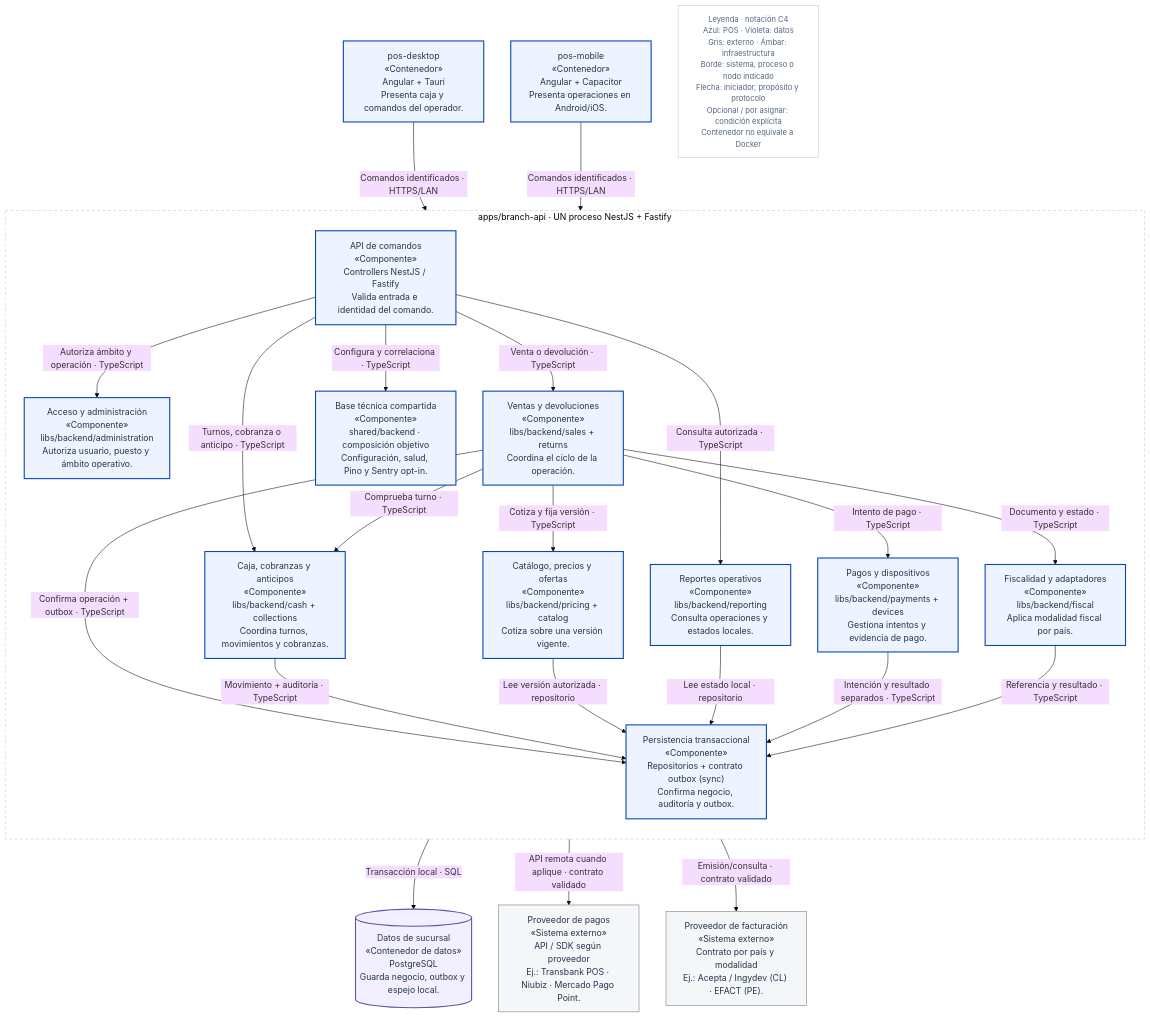
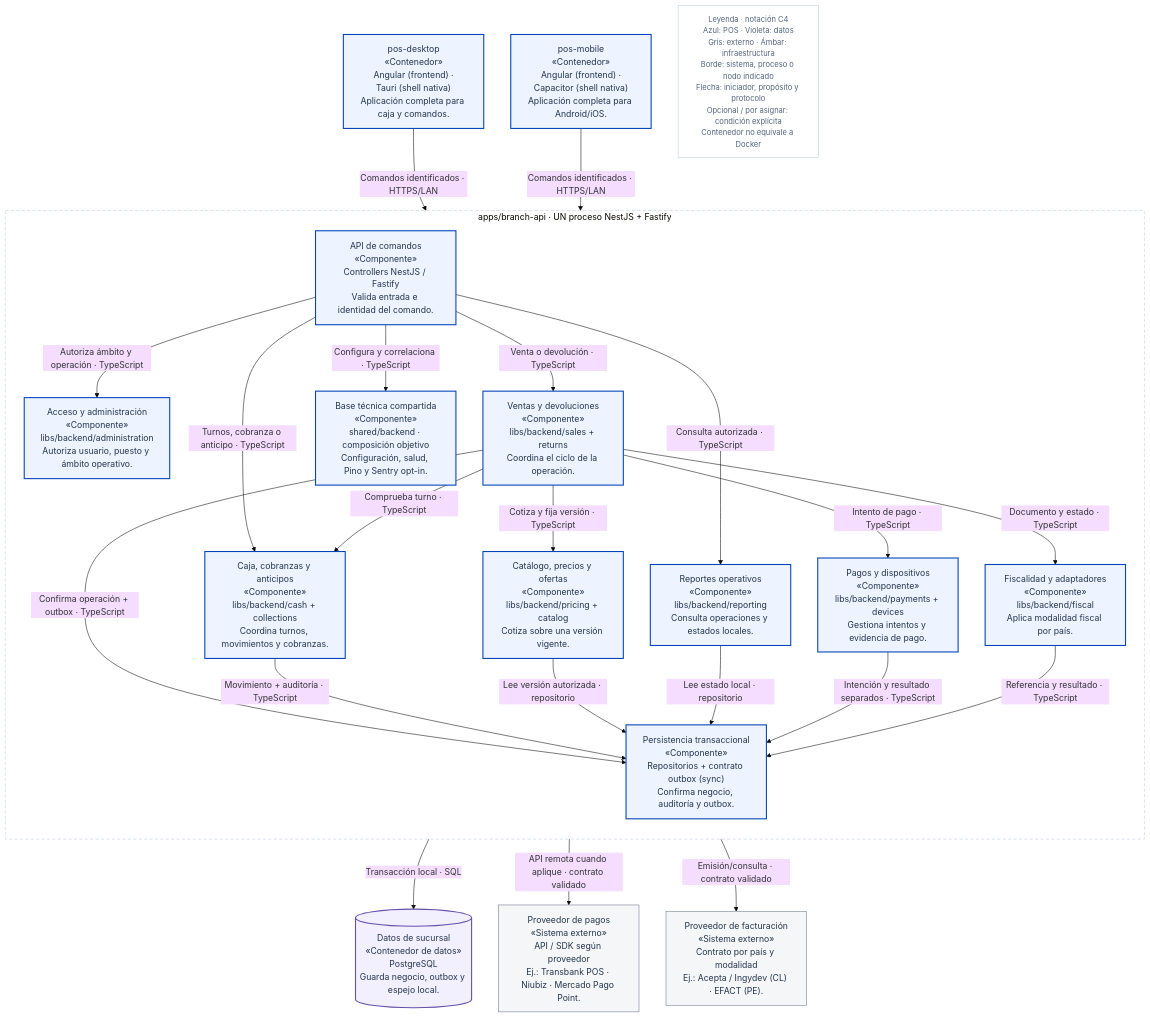
One commit to developer-implementos/pos-docs changed the diagram in docs/diagramas-excalidraw/mermaid/c4-backend.mmd. Above: the diagram before and after it, drawn with Mermaid (base theme). The commit also changed 71 other files, not shown here.

Commit message:
docs: distinguish native shells from the Angular frontend

```diff
--- a/docs/diagramas-excalidraw/mermaid/c4-backend.mmd
+++ b/docs/diagramas-excalidraw/mermaid/c4-backend.mmd
@@ -1,49 +1,49 @@
 flowchart TB
     accTitle: C3 · branch-api — Negocio de sucursal en un proceso
     accDescr: apps/branch-api compone módulos de negocio y base técnica. Las bibliotecas agrupadas comparten proceso, sin convertirse en servicios independientes. sales/returns, cash/collections, pricing/catalog, payments/devices, fiscal, reporting, administration y contrato outbox de sync. El transporte vive en branch-sync-worker y la ACL en erp-worker.
     subgraph backendScope["apps/branch-api · UN proceso NestJS + Fastify"]
         direction TB
         entry["API de comandos<br/>«Componente»<br/>Controllers NestJS / Fastify<br/>Valida entrada e identidad del comando."]:::pos
         access["Acceso y administración<br/>«Componente»<br/>libs/backend/administration<br/>Autoriza usuario, puesto y ámbito operativo."]:::pos
         sales["Ventas y devoluciones<br/>«Componente»<br/>libs/backend/sales + returns<br/>Coordina el ciclo de la operación."]:::pos
         pricing["Catálogo, precios y ofertas<br/>«Componente»<br/>libs/backend/pricing + catalog<br/>Cotiza sobre una versión vigente."]:::pos
         cash["Caja, cobranzas y anticipos<br/>«Componente»<br/>libs/backend/cash + collections<br/>Coordina turnos, movimientos y cobranzas."]:::pos
         payPort["Pagos y dispositivos<br/>«Componente»<br/>libs/backend/payments + devices<br/>Gestiona intentos y evidencia de pago."]:::pos
         fiscalPort["Fiscalidad y adaptadores<br/>«Componente»<br/>libs/backend/fiscal<br/>Aplica modalidad fiscal por país."]:::pos
         reporting["Reportes operativos<br/>«Componente»<br/>libs/backend/reporting<br/>Consulta operaciones y estados locales."]:::pos
         unitOfWork["Persistencia transaccional<br/>«Componente»<br/>Repositorios + contrato outbox (sync)<br/>Confirma negocio, auditoría y outbox."]:::pos
         technicalBase["Base técnica compartida<br/>«Componente»<br/>shared/backend · composición objetivo<br/>Configuración, salud, Pino y Sentry opt-in."]:::pos
     end
-    client["pos-desktop<br/>«Contenedor»<br/>Angular + Tauri<br/>Presenta caja y comandos del operador."]:::pos
-    mobileClient["pos-mobile<br/>«Contenedor»<br/>Angular + Capacitor<br/>Presenta operaciones en Android/iOS."]:::pos
+    client["pos-desktop<br/>«Contenedor»<br/>Angular (frontend) ·<br/>Tauri (shell nativa)<br/>Aplicación completa para caja y comandos."]:::pos
+    mobileClient["pos-mobile<br/>«Contenedor»<br/>Angular (frontend) ·<br/>Capacitor (shell nativa)<br/>Aplicación completa para Android/iOS."]:::pos
     branchDb[("Datos de sucursal<br/>«Contenedor de datos»<br/>PostgreSQL<br/>Guarda negocio, outbox y espejo local.")]:::store
     payments["Proveedor de pagos<br/>«Sistema externo»<br/>API / SDK según proveedor<br/>Ej.: Transbank POS · Niubiz · Mercado Pago Point."]:::external
     fiscal["Proveedor de facturación<br/>«Sistema externo»<br/>Contrato por país y modalidad<br/>Ej.: Acepta / Ingydev (CL) · EFACT (PE)."]:::external
     legend["Leyenda · notación C4<br/>Azul: POS · Violeta: datos<br/>Gris: externo · Ámbar: infraestructura<br/>Borde: sistema, proceso o nodo indicado<br/>Flecha: iniciador, propósito y protocolo<br/>Opcional / por asignar: condición explícita<br/>Contenedor no equivale a Docker"]:::key
     client -->|"Comandos identificados · HTTPS/LAN"| entry
     mobileClient -->|"Comandos identificados · HTTPS/LAN"| entry
     entry -->|"Autoriza ámbito y operación · TypeScript"| access
     entry -->|"Venta o devolución · TypeScript"| sales
     entry -->|"Turnos, cobranza o anticipo · TypeScript"| cash
     entry -->|"Consulta autorizada · TypeScript"| reporting
     entry -->|"Configura y correlaciona · TypeScript"| technicalBase
     sales -->|"Cotiza y fija versión · TypeScript"| pricing
     sales -->|"Comprueba turno · TypeScript"| cash
     sales -->|"Intento de pago · TypeScript"| payPort
     sales -->|"Documento y estado · TypeScript"| fiscalPort
     sales -->|"Confirma operación + outbox · TypeScript"| unitOfWork
     cash -->|"Movimiento + auditoría · TypeScript"| unitOfWork
     pricing -->|"Lee versión autorizada · repositorio"| unitOfWork
     reporting -->|"Lee estado local · repositorio"| unitOfWork
     payPort -->|"Intención y resultado separados · TypeScript"| unitOfWork
     fiscalPort -->|"Referencia y resultado · TypeScript"| unitOfWork
     unitOfWork -->|"Transacción local · SQL"| branchDb
     payPort -->|"API remota cuando aplique · contrato validado"| payments
     fiscalPort -->|"Emisión/consulta · contrato validado"| fiscal
     classDef pos fill:#EDF3FF,stroke:#0545BA,color:#25364D,stroke-width:2px
     classDef store fill:#F2EFFF,stroke:#6551A8,color:#25364D,stroke-width:2px
     classDef external fill:#F4F6F8,stroke:#6B788A,color:#25364D
     classDef person fill:#18336D,stroke:#18336D,color:#FFFFFF
     classDef infra fill:#FFF3E0,stroke:#A86516,color:#25364D
     classDef key fill:#FFFFFF,stroke:#BCC9DB,color:#53657F,font-size:14px
     style backendScope fill:#FFFFFF,stroke:#BCC9DB,stroke-dasharray:6 4
```
